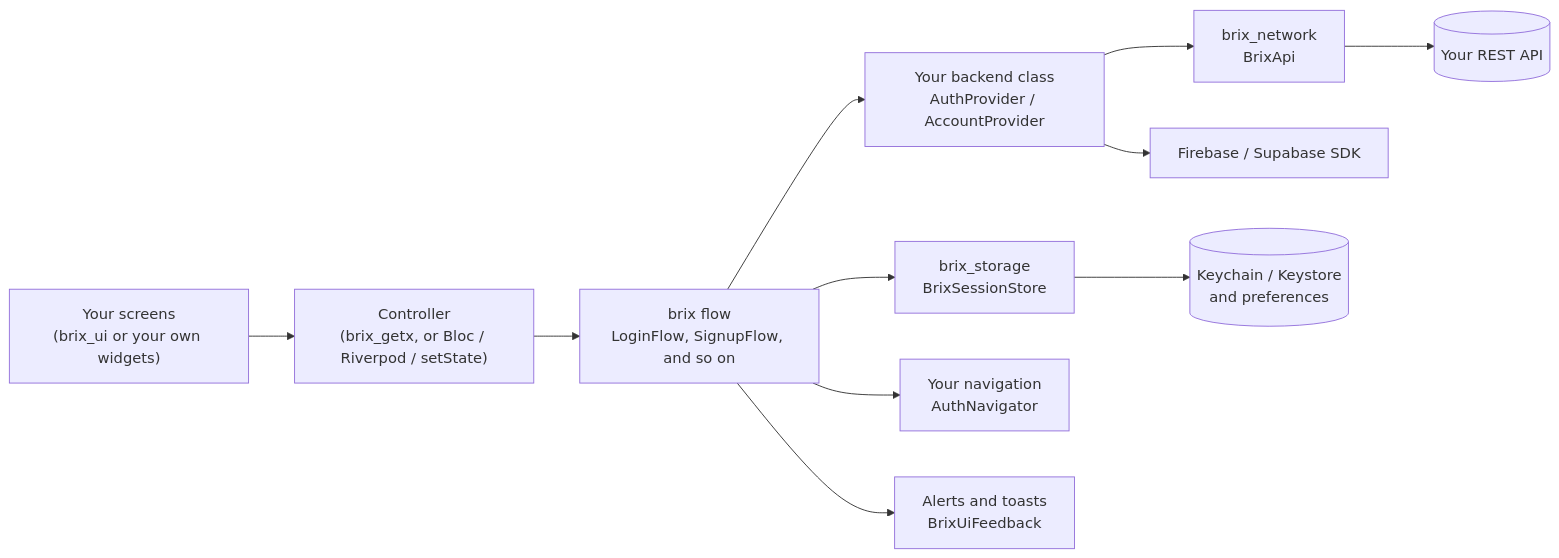
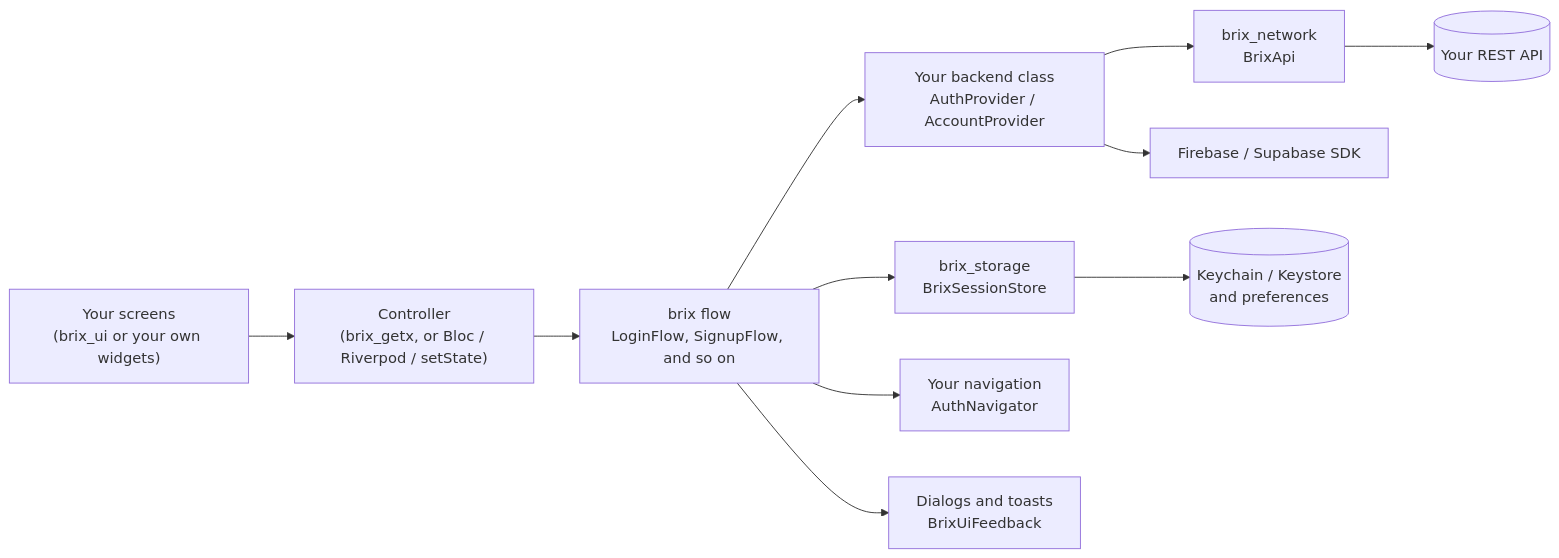
One commit to mrubaz/brix changed the diagram in README.md. Above: the diagram before and after it, drawn with Mermaid. The commit also changed other lines of this file and 55 other files, not shown here.

````diff
--- a/README.md
+++ b/README.md
@@ -44,13 +44,13 @@
 ```mermaid
 flowchart LR
     UI["Your screens<br/>(brix_ui or your own widgets)"] --> C["Controller<br/>(brix_getx, or Bloc / Riverpod / setState)"]
     C --> F["brix flow<br/>LoginFlow, SignupFlow, and so on"]
     F --> A["Your backend class<br/>AuthProvider / AccountProvider"]
     A --> N["brix_network<br/>BrixApi"]
     A --> S["Firebase / Supabase SDK"]
     N --> B[("Your REST API")]
     F --> ST["brix_storage<br/>BrixSessionStore"]
     ST --> K[("Keychain / Keystore<br/>and preferences")]
     F --> NAV["Your navigation<br/>AuthNavigator"]
-    F --> FB["Alerts and toasts<br/>BrixUiFeedback"]
+    F --> FB["Dialogs and toasts<br/>BrixUiFeedback"]
 ```
````
